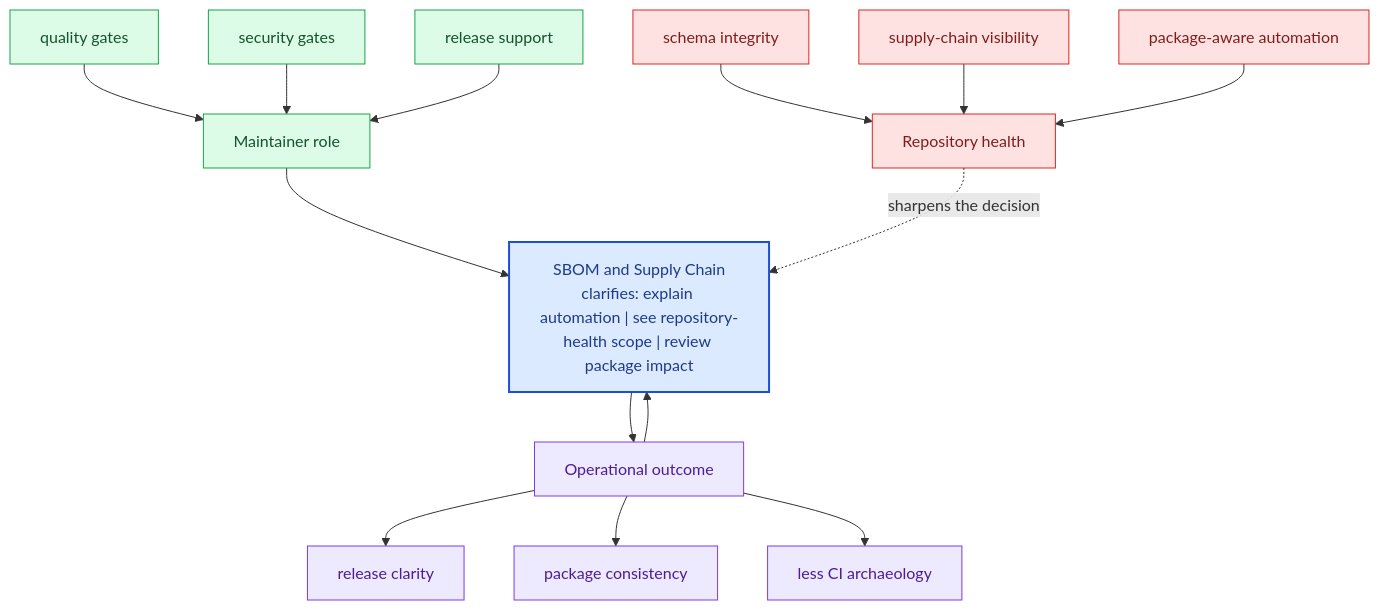
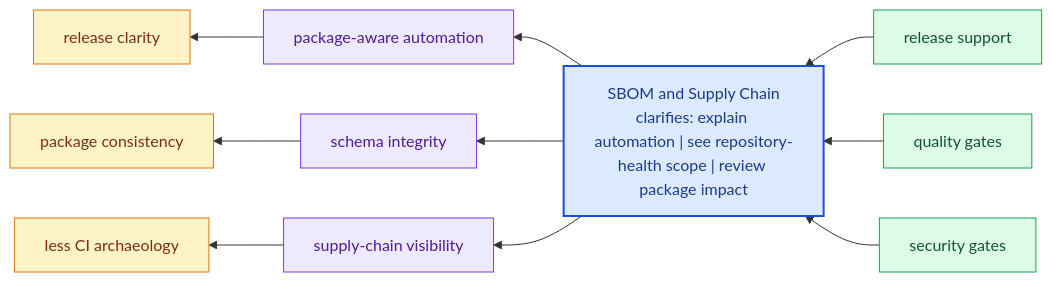
One commit to bijux/bijux-canon changed the diagram in docs/bijux-canon-dev/sbom-and-supply-chain.md. Above: the diagram before and after it, drawn with Mermaid. The commit also changed other lines of this file and 281 other files, not shown here.

Commit message:
docs(diagrams): replace repeated mermaid scaffolds with page-specific summaries

````diff
--- a/docs/bijux-canon-dev/sbom-and-supply-chain.md
+++ b/docs/bijux-canon-dev/sbom-and-supply-chain.md
@@ -68,40 +23,31 @@
 ```mermaid
-flowchart TB
-    promise["SBOM and Supply Chain<br/>clarifies: explain automation | see repository-health scope | review package impact"]
-    classDef promise fill:#dbeafe,stroke:#1d4ed8,color:#1e3a8a,stroke-width:2px;
-    classDef driver fill:#dcfce7,stroke:#16a34a,color:#14532d;
-    classDef constraint fill:#fee2e2,stroke:#dc2626,color:#7f1d1d;
-    classDef ground fill:#ede9fe,stroke:#7c3aed,color:#4c1d95;
-    focus1["Maintainer role"]
-    focus1 --> promise
-    focus1_1["quality gates"]
-    focus1_1 --> focus1
-    focus1_2["security gates"]
-    focus1_2 --> focus1
-    focus1_3["release support"]
-    focus1_3 --> focus1
-    class focus1 driver;
-    class focus1_1,focus1_2,focus1_3 driver;
-    focus2["Repository health"]
-    focus2 -.sharpens the decision.-> promise
-    focus2_1["schema integrity"]
-    focus2_1 --> focus2
-    focus2_2["supply-chain visibility"]
-    focus2_2 --> focus2
-    focus2_3["package-aware automation"]
-    focus2_3 --> focus2
-    class focus2 constraint;
-    class focus2_1,focus2_2,focus2_3 constraint;
-    focus3["Operational outcome"]
-    focus3 --> promise
-    promise --> focus3
-    focus3_1["release clarity"]
-    focus3 --> focus3_1
-    focus3_2["package consistency"]
-    focus3 --> focus3_2
-    focus3_3["less CI archaeology"]
-    focus3 --> focus3_3
-    class focus3 ground;
-    class focus3_1,focus3_2,focus3_3 ground;
-    class promise promise;
+flowchart RL
+    page["SBOM and Supply Chain<br/>clarifies: explain automation | see repository-health scope | review package impact"]
+    classDef page fill:#dbeafe,stroke:#1d4ed8,color:#1e3a8a,stroke-width:2px;
+    classDef positive fill:#dcfce7,stroke:#16a34a,color:#14532d;
+    classDef caution fill:#fee2e2,stroke:#dc2626,color:#7f1d1d;
+    classDef anchor fill:#ede9fe,stroke:#7c3aed,color:#4c1d95;
+    classDef action fill:#fef3c7,stroke:#d97706,color:#7c2d12;
+    role1["release support"]
+    role1 --> page
+    role2["quality gates"]
+    role2 --> page
+    role3["security gates"]
+    role3 --> page
+    health1["package-aware automation"]
+    page --> health1
+    health2["schema integrity"]
+    page --> health2
+    health3["supply-chain visibility"]
+    page --> health3
+    outcome1["release clarity"]
+    health1 --> outcome1
+    outcome2["package consistency"]
+    health2 --> outcome2
+    outcome3["less CI archaeology"]
+    health3 --> outcome3
+    class page page;
+    class role1,role2,role3 positive;
+    class health1,health2,health3 anchor;
+    class outcome1,outcome2,outcome3 action;
 ```
````
